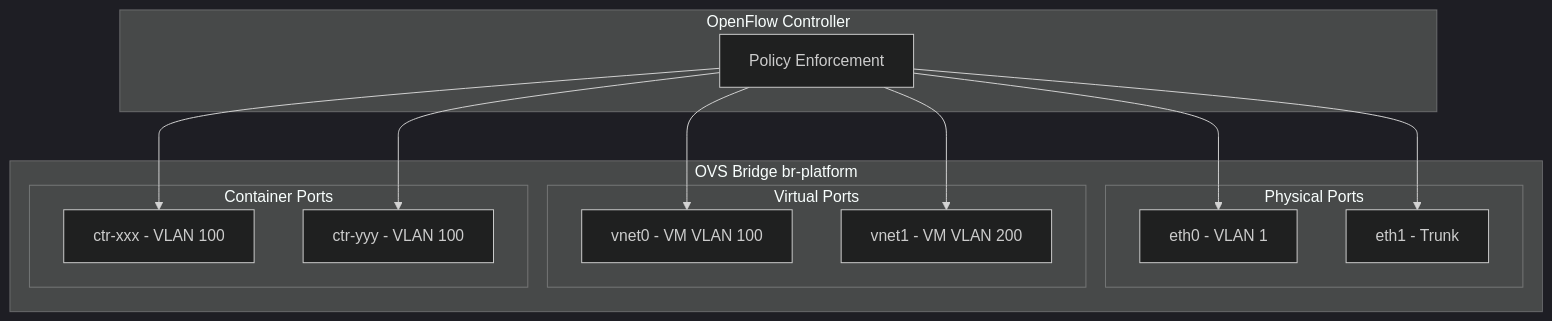
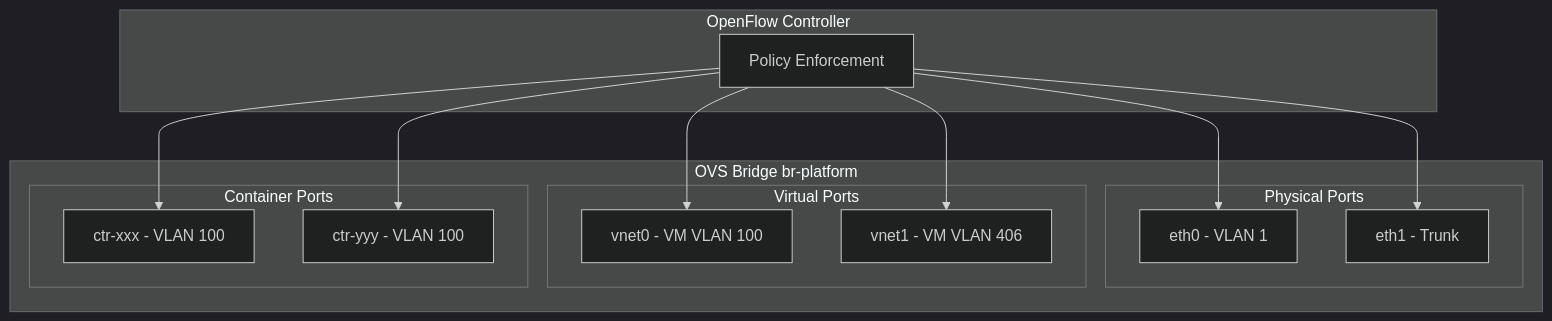
Before and after one commit to jeremyhahn/go-trusted-platform: the third of 3 diagrams in docs/compute/container-orchestrator.md, drawn with Mermaid (dark theme). The commit also changed other lines of this file and 578 other files, not shown here.

````diff
--- a/docs/compute/container-orchestrator.md
+++ b/docs/compute/container-orchestrator.md
@@ -529,30 +529,30 @@
 ```mermaid
 graph TB
     subgraph "OpenFlow Controller"
         OFC[Policy Enforcement]
     end
 
     subgraph "OVS Bridge br-platform"
         subgraph "Physical Ports"
             ETH0[eth0 - VLAN 1]
             ETH1[eth1 - Trunk]
         end
 
         subgraph "Virtual Ports"
             VNET0[vnet0 - VM VLAN 100]
-            VNET1[vnet1 - VM VLAN 200]
+            VNET1[vnet1 - VM VLAN 406]
         end
 
         subgraph "Container Ports"
             CTR0[ctr-xxx - VLAN 100]
             CTR1[ctr-yyy - VLAN 100]
         end
     end
 
     OFC --> ETH0
     OFC --> ETH1
     OFC --> VNET0
     OFC --> VNET1
     OFC --> CTR0
     OFC --> CTR1
 ```
````
